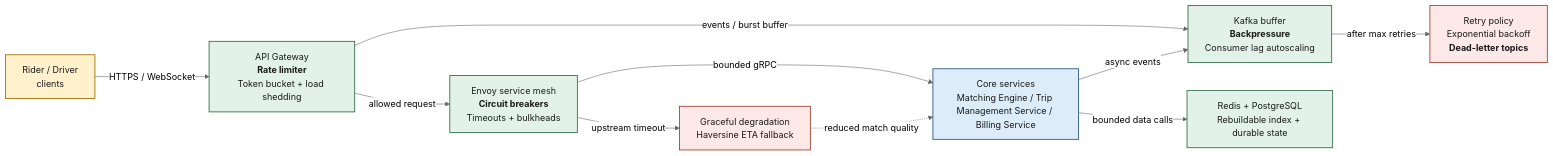
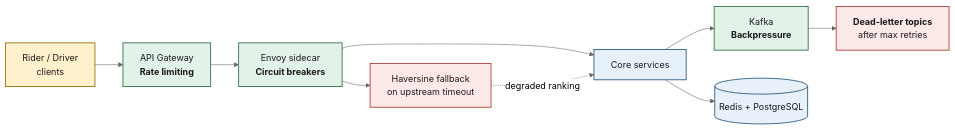
Before and after one commit to RashmikaMadaela/urbanride-architecture: the diagram in diagrams/mermaid/resilience-01-layers.mmd, drawn with Mermaid (neutral theme). The commit also changed 4 other files, not shown here.

Commit message:
Simplify container, component and resilience Mermaid diagrams

```diff
--- a/diagrams/mermaid/resilience-01-layers.mmd
+++ b/diagrams/mermaid/resilience-01-layers.mmd
@@ -1,33 +1,34 @@
 %% UrbanRide resilience layers across the request path
 %% Target file: diagrams/resilience-01-layers.png
-%% Covers all four named mechanisms - see ADD section 7.
+%% Simplified: one mechanism per box, straight left-to-right request path,
+%% with the two failure-containment exits dropping below it.
+%% All four named mechanisms appear: rate limiters, circuit breakers,
+%% backpressure, dead-letter queues. Detail is in ADD section 7.
 
 flowchart LR
     client["Rider / Driver<br/>clients"]
-    edgeLayer["API Gateway<br/><b>Rate limiter</b><br/>Token bucket + load shedding"]
-    mesh["Envoy service mesh<br/><b>Circuit breakers</b><br/>Timeouts + bulkheads"]
-    service["Core services<br/>Matching Engine / Trip Management Service / Billing Service"]
-    kafka["Kafka buffer<br/><b>Backpressure</b><br/>Consumer lag autoscaling"]
-    dlq["Retry policy<br/>Exponential backoff<br/><b>Dead-letter topics</b>"]
-    data["Redis + PostgreSQL<br/>Rebuildable index + durable state"]
-    fallback["Graceful degradation<br/>Haversine ETA fallback"]
+    gw["API Gateway<br/><b>Rate limiting</b>"]
+    mesh["Envoy sidecar<br/><b>Circuit breakers</b>"]
+    svc["Core services"]
+    kafka["Kafka<br/><b>Backpressure</b>"]
+    data[("Redis + PostgreSQL")]
 
-    client -->|"HTTPS / WebSocket"| edgeLayer
-    edgeLayer -->|"allowed request"| mesh
-    edgeLayer -->|"events / burst buffer"| kafka
-    mesh -->|"bounded gRPC"| service
-    service -->|"async events"| kafka
-    service -->|"bounded data calls"| data
-    kafka -->|"after max retries"| dlq
-    mesh -->|"upstream timeout"| fallback
-    fallback -.->|"reduced match quality"| service
+    dlq["<b>Dead-letter topics</b><br/>after max retries"]
+    fallback["Haversine fallback<br/>on upstream timeout"]
+
+    client --> gw --> mesh --> svc
+    svc --> kafka
+    svc --> data
+    kafka --> dlq
+    mesh --> fallback
+    fallback -.->|"degraded ranking"| svc
 
     classDef clientNode fill:#FFF1CC,stroke:#9A6A00,stroke-width:1.5px,color:#1a1a1a
     classDef protection fill:#E2F2E8,stroke:#2E6B43,stroke-width:1.5px,color:#1a1a1a
-    classDef core       fill:#DCECF8,stroke:#24557A,stroke-width:1.5px,color:#1a1a1a
+    classDef core       fill:#E8F1FA,stroke:#24557A,stroke-width:1.5px,color:#1a1a1a
     classDef degraded   fill:#FCE8E6,stroke:#A33A32,stroke-width:1.5px,color:#1a1a1a
 
     class client clientNode
-    class edgeLayer,mesh,kafka,data protection
-    class service core
+    class gw,mesh,kafka protection
+    class svc,data core
     class dlq,fallback degraded
```
